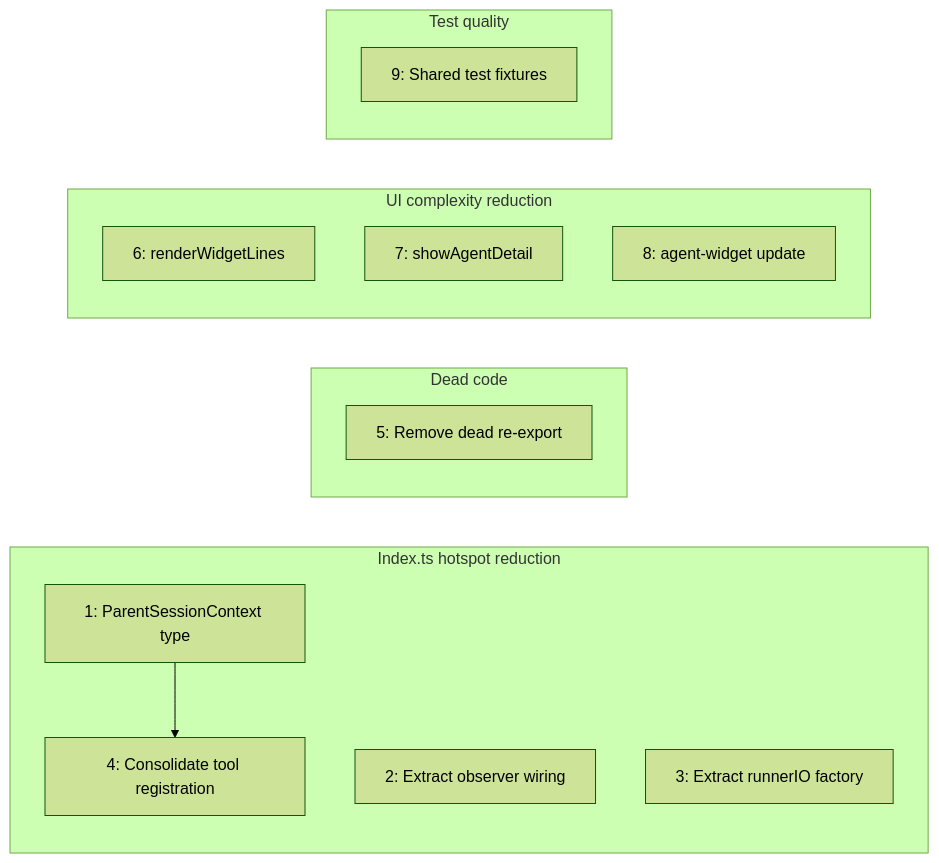
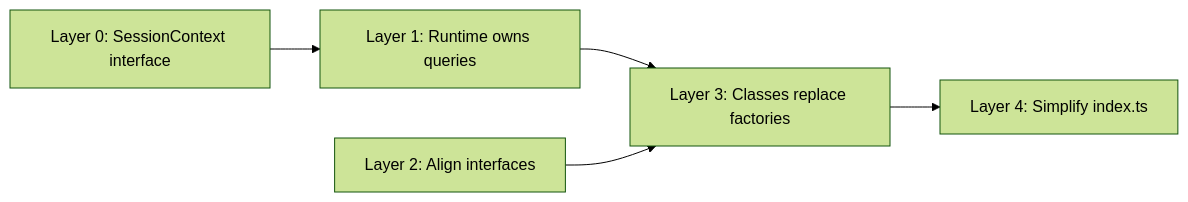
One commit to komarspn/pi-packages changed the sixth of 6 diagrams in packages/pi-subagents/docs/architecture/architecture.md. Above: the diagram before and after it, drawn with Mermaid (forest theme). The commit also changed other lines of this file, not shown here.

First line of the commit message:
docs(pi-subagents): revise Phase 11 roadmap — layered class conversion

````diff
--- a/packages/pi-subagents/docs/architecture/architecture.md
+++ b/packages/pi-subagents/docs/architecture/architecture.md
@@ -712,21 +727,7 @@
 ```mermaid
 flowchart LR
-    subgraph index["Index.ts hotspot reduction"]
-        S1["1: ParentSessionContext type"]
-        S2["2: Extract observer wiring"]
-        S3["3: Extract runnerIO factory"]
-        S4["4: Consolidate tool registration"]
-    end
-    subgraph cleanup["Dead code"]
-        S5["5: Remove dead re-export"]
-    end
-    subgraph complexity["UI complexity reduction"]
-        S6["6: renderWidgetLines"]
-        S7["7: showAgentDetail"]
-        S8["8: agent-widget update"]
-    end
-    subgraph tests["Test quality"]
-        S9["9: Shared test fixtures"]
-    end
-    S1 --> S4
+    L0["Layer 0: SessionContext interface"] --> L1["Layer 1: Runtime owns queries"]
+    L1 --> L3["Layer 3: Classes replace factories"]
+    L2["Layer 2: Align interfaces"] --> L3
+    L3 --> L4["Layer 4: Simplify index.ts"]
 ```
````
